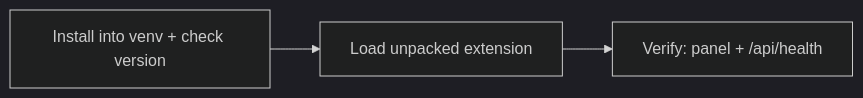
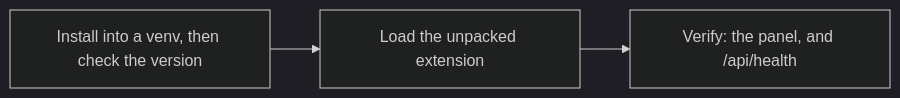
One commit to Berbadov/kriko changed the diagram in docs/INSTALL_WINDOWS.md. Above: the diagram before and after it, drawn with Mermaid (dark theme). The commit also changed other lines of this file and 15 other files, not shown here.

````diff
--- a/docs/INSTALL_WINDOWS.md
+++ b/docs/INSTALL_WINDOWS.md
@@ -5,4 +5,4 @@
 ```mermaid
 flowchart LR
-    I["Install into venv + check version"] --> E["Load unpacked extension"] --> V["Verify: panel + /api/health"]
+    I["Install into a venv, then check the version"] --> E["Load the unpacked extension"] --> V["Verify: the panel, and /api/health"]
 ```
````
